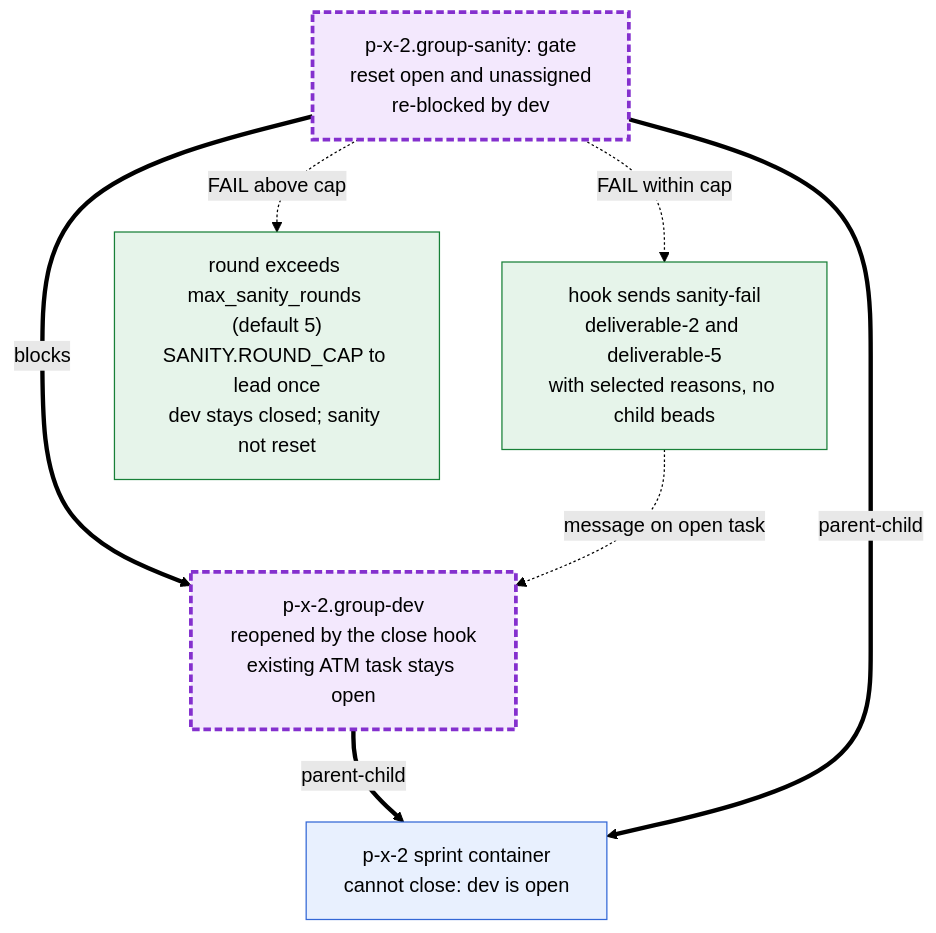
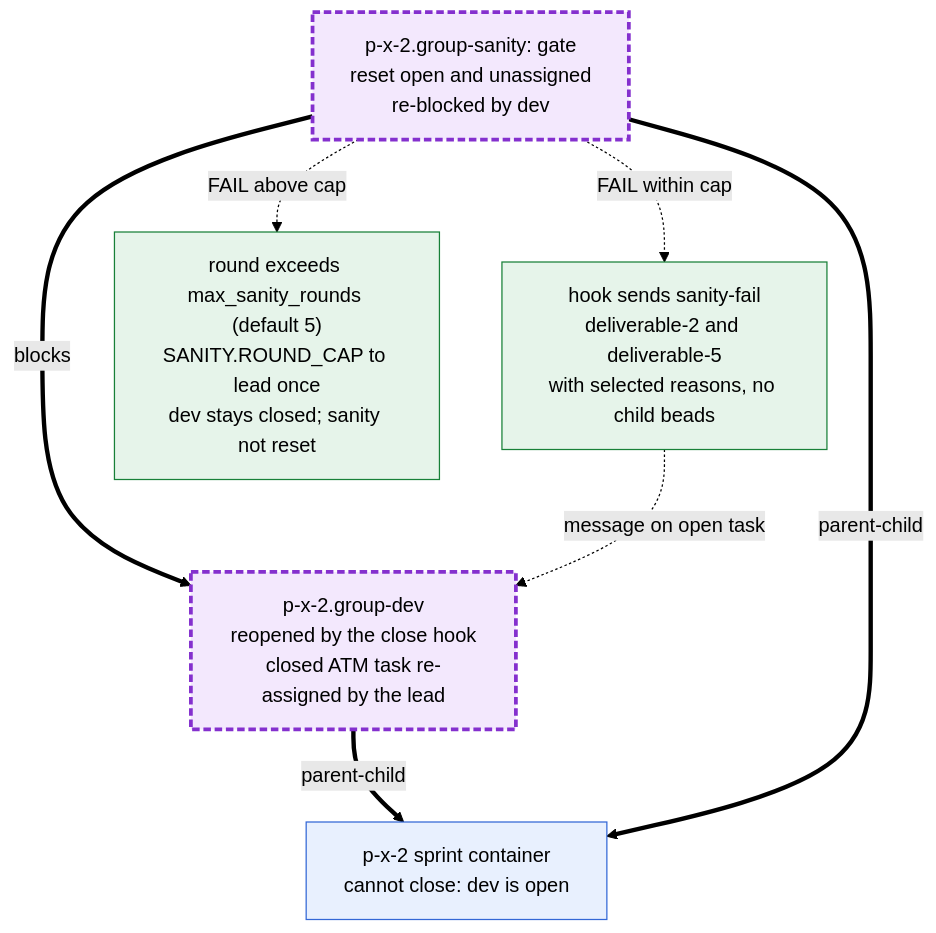
One commit to rahul05ranjan/atm-bd-orchestration changed the fourth of 4 diagrams in docs/diagrams/sprint.md. Above: the diagram before and after it, drawn with Mermaid (forest theme). The commit also changed other lines of this file and 11 other files, not shown here.

First line of the commit message:
fix: close the dev task at dev complete instead of at sanity PASS

````diff
--- a/docs/diagrams/sprint.md
+++ b/docs/diagrams/sprint.md
@@ -131,19 +131,19 @@
 ```mermaid
 flowchart TB
   classDef tmpl fill:#e8f0fe,stroke:#3367d6,color:#000
   classDef poured fill:#f3e8fd,stroke:#8430ce,stroke-width:3px,stroke-dasharray:6 3,color:#000
   classDef script fill:#e6f4ea,stroke:#188038,color:#000
 
   SPR["p-x-2 sprint container<br/>cannot close: dev is open"]:::tmpl
-  DEV["p-x-2.group-dev<br/>reopened by the close hook<br/>existing ATM task stays open"]:::poured
+  DEV["p-x-2.group-dev<br/>reopened by the close hook<br/>closed ATM task re-assigned by the lead"]:::poured
   SAN["p-x-2.group-sanity: gate<br/>reset open and unassigned<br/>re-blocked by dev"]:::poured
   FAIL["hook sends sanity-fail<br/>deliverable-2 and deliverable-5<br/>with selected reasons, no child beads"]:::script
   CAP["round exceeds max_sanity_rounds (default 5)<br/>SANITY.ROUND_CAP to lead once<br/>dev stays closed; sanity not reset"]:::script
 
   DEV ==>|parent-child| SPR
   SAN ==>|parent-child| SPR
   SAN ==>|blocks| DEV
   SAN -.->|FAIL within cap| FAIL
   FAIL -.->|message on open task| DEV
   SAN -.->|FAIL above cap| CAP
 ```
````
